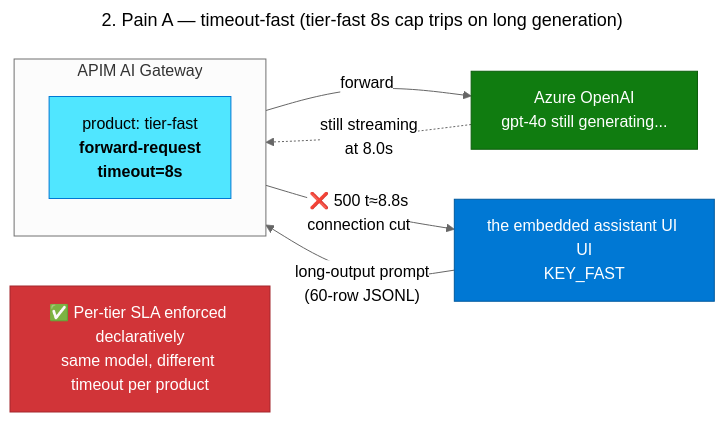
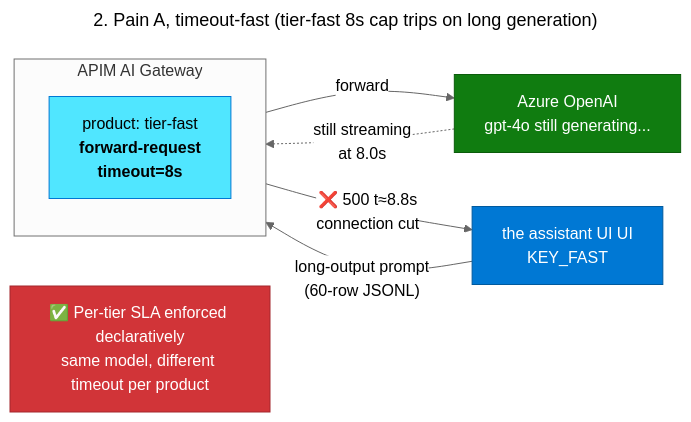
Before and after one commit to renepajta/apim-ai-gateway-lab: the diagram in notebooks/diagrams/02-timeout-fast.mmd, drawn with Mermaid (neutral theme). The commit also changed 53 other files, not shown here.

```diff
--- a/notebooks/diagrams/02-timeout-fast.mmd
+++ b/notebooks/diagrams/02-timeout-fast.mmd
@@ -1,22 +1,22 @@
 ---
-title: 2. Pain A — timeout-fast (tier-fast 8s cap trips on long generation)
+title: 2. Pain A, timeout-fast (tier-fast 8s cap trips on long generation)
 ---
 flowchart LR
-    C["the embedded assistant UI UI<br/>KEY_FAST"] -->|"long-output prompt<br/>(60-row JSONL)"| G
+    C["the assistant UI UI<br/>KEY_FAST"] -->|"long-output prompt<br/>(60-row JSONL)"| G
     subgraph G["APIM AI Gateway"]
         P1["product: tier-fast<br/><b>forward-request<br/>timeout=8s</b>"]
     end
     G -->|"forward"| B["Azure OpenAI<br/>gpt-4o still generating..."]
     B -. "still streaming<br/>at 8.0s" .-> G
     G -->|"❌ 500 t≈8.8s<br/>connection cut"| C
 
     note["✅ Per-tier SLA enforced declaratively<br/>same model, different timeout per product"]
 
     classDef client fill:#0078D4,stroke:#005A9E,color:#fff
     classDef gw fill:#50E6FF,stroke:#0078D4,color:#000
     classDef be fill:#107C10,stroke:#0B5C0B,color:#fff
     classDef bad fill:#D13438,stroke:#A4262C,color:#fff
     class C client
     class P1 gw
     class B be
     class note bad
```
